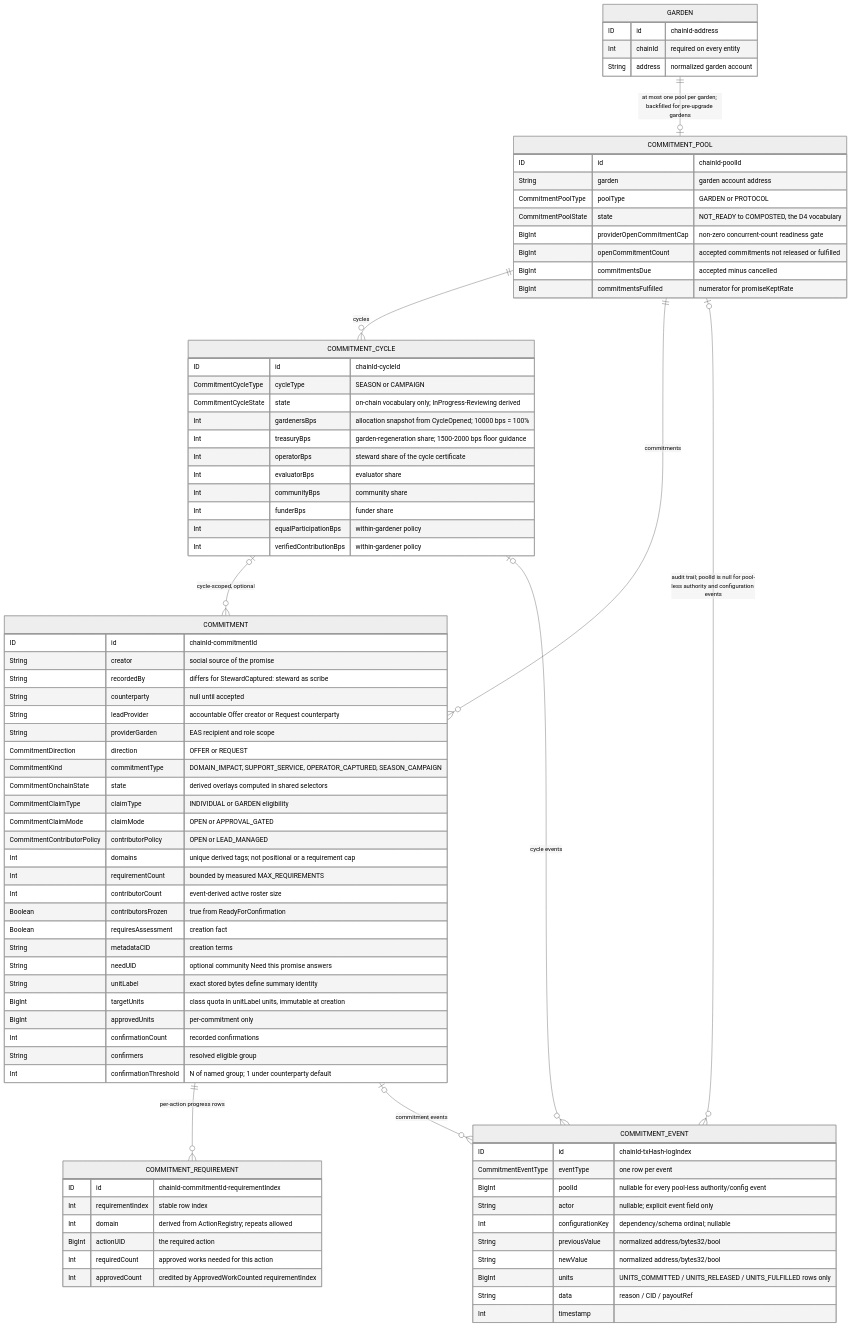
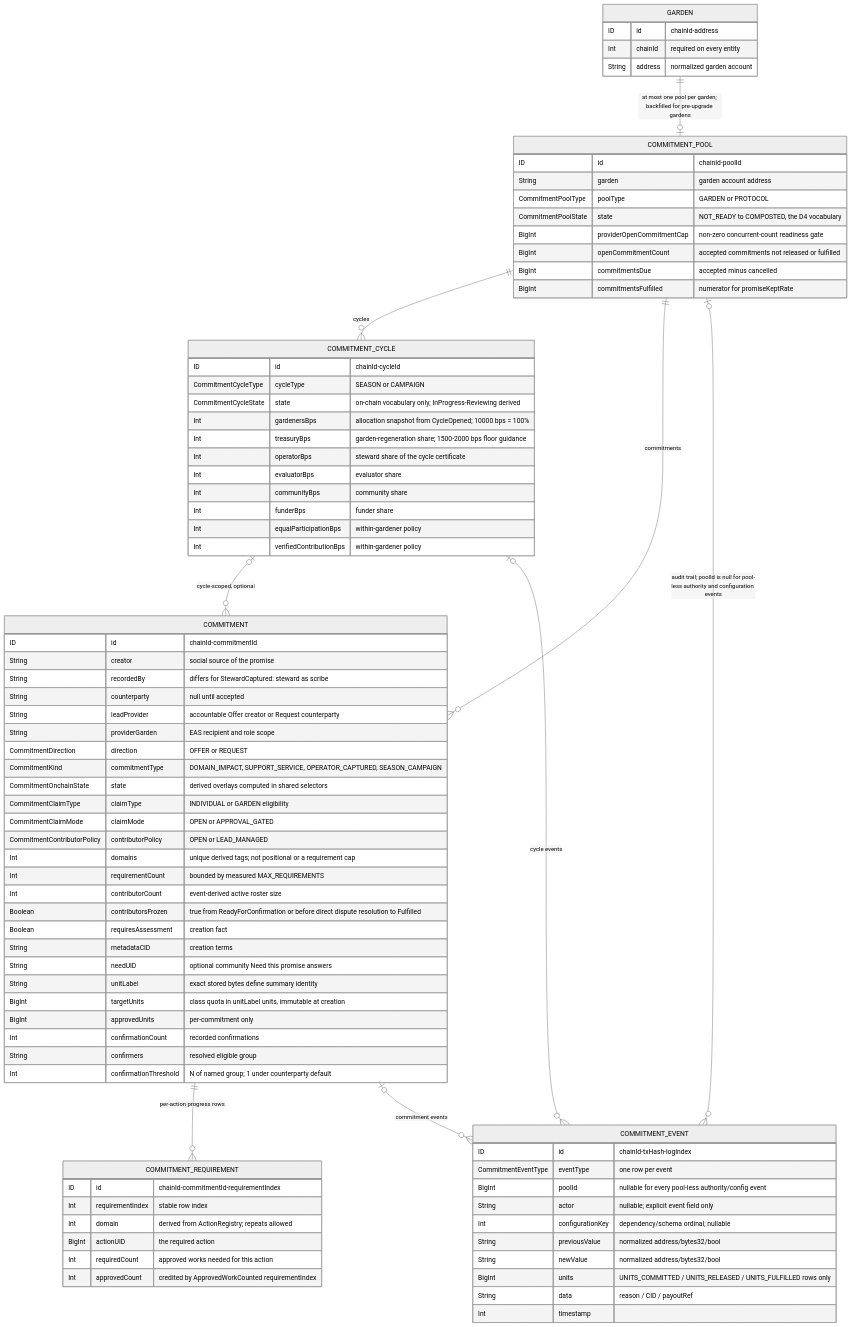
Before and after one commit to greenpill-dev-guild/green-goods: diagram 15 of 35 in .plans/active/commitment-pooling/diagrams.md, drawn with Mermaid (neutral theme). The commit also changed other lines of this file and 28 other files, not shown here.

```diff
--- a/.plans/active/commitment-pooling/diagrams.md
+++ b/.plans/active/commitment-pooling/diagrams.md
@@ -720,7 +720,7 @@
     Int domains "unique derived tags; not positional or a requirement cap"
     Int requirementCount "bounded by measured MAX_REQUIREMENTS"
     Int contributorCount "event-derived active roster size"
-    Boolean contributorsFrozen "true from ReadyForConfirmation"
+    Boolean contributorsFrozen "true from ReadyForConfirmation or before direct dispute resolution to Fulfilled"
     Boolean requiresAssessment "creation fact"
     String metadataCID "creation terms"
     String needUID "optional community Need this promise answers"
```
